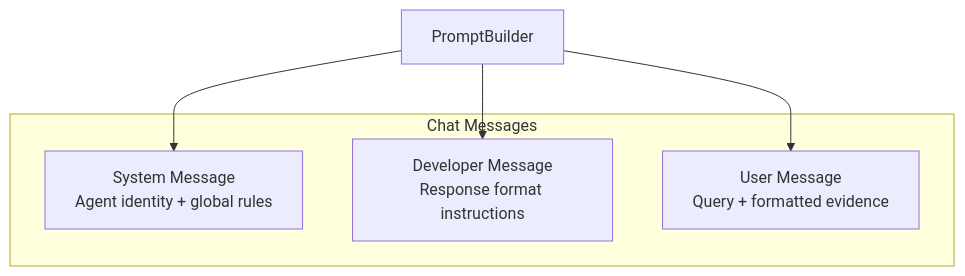
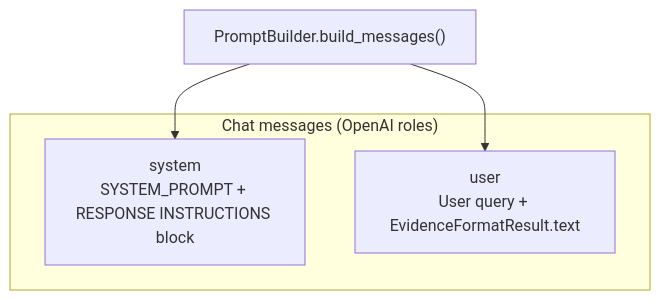
Before and after one commit to mayad123/movieAgent: the second of 6 diagrams in docs/features/prompting/PROMPT_PIPELINE.md, drawn with Mermaid. The commit also changed other lines of this file and 128 other files, not shown here.

````diff
--- a/docs/features/prompting/PROMPT_PIPELINE.md
+++ b/docs/features/prompting/PROMPT_PIPELINE.md
@@ -79,12 +83,10 @@
 ```mermaid
 flowchart TD
-    subgraph Messages["Chat Messages"]
-        SYS["System Message<br/>Agent identity + global rules"]
-        DEV["Developer Message<br/>Response format instructions"]
-        USR["User Message<br/>Query + formatted evidence"]
+    subgraph Messages["Chat messages (OpenAI roles)"]
+        SYS["system<br/>SYSTEM_PROMPT + RESPONSE INSTRUCTIONS block"]
+        USR["user<br/>User query + EvidenceFormatResult.text"]
     end
 
-    PB["PromptBuilder"] --> SYS
-    PB --> DEV
+    PB["PromptBuilder.build_messages()"] --> SYS
     PB --> USR
 ```
````
